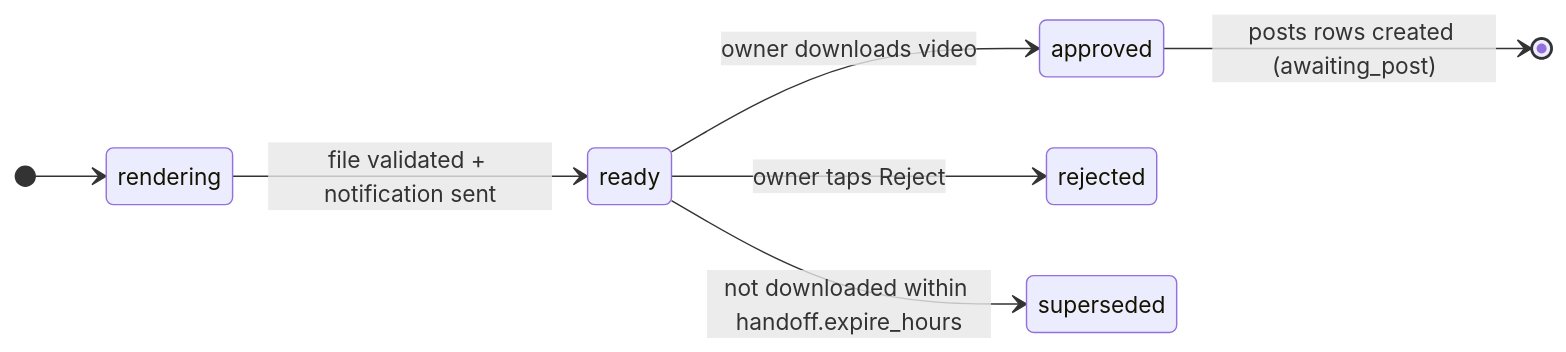
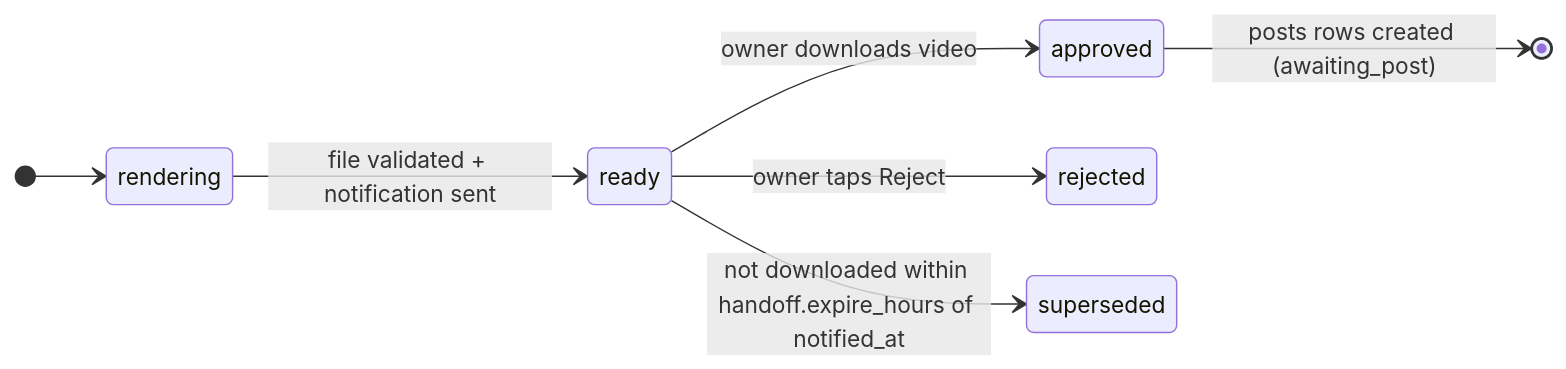
One commit to wesolmsted/auto-content changed the third of 4 diagrams in docs/DESIGN.md. Above: the diagram before and after it, drawn with Mermaid. The commit also changed other lines of this file and 3 other files, not shown here.

````diff
--- a/docs/DESIGN.md
+++ b/docs/DESIGN.md
@@ -229,10 +229,10 @@
 ```mermaid
 stateDiagram-v2
     direction LR
     [*] --> rendering
     rendering --> ready: file validated + notification sent
     ready --> approved: owner downloads video
     ready --> rejected: owner taps Reject
-    ready --> superseded: not downloaded within handoff.expire_hours
+    ready --> superseded: not downloaded within handoff.expire_hours of notified_at
     approved --> [*]: posts rows created (awaiting_post)
 ```
````
